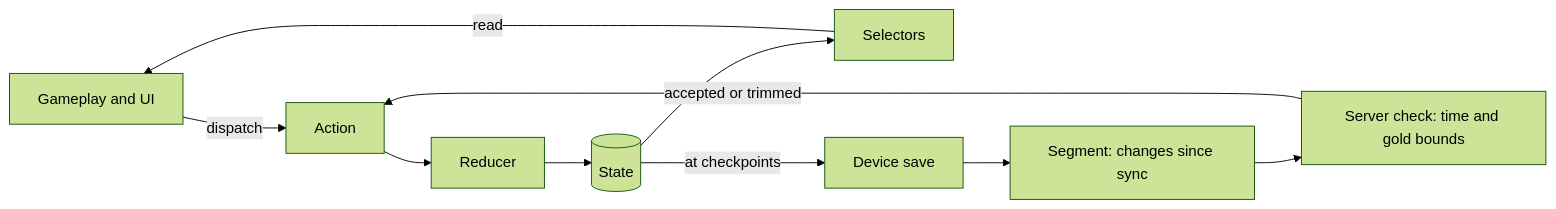
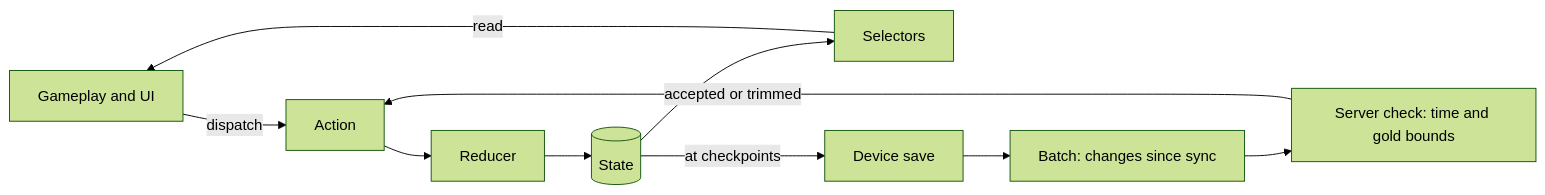
Before and after one commit to zachkw/vaporwave_vikings_idle: the diagram in docs/technical/state-store-spec.md, drawn with Mermaid (forest theme). The commit also changed other lines of this file and 24 other files, not shown here.

````diff
--- a/docs/technical/state-store-spec.md
+++ b/docs/technical/state-store-spec.md
@@ -11,11 +11,11 @@
 ```mermaid
 flowchart LR
     G[Gameplay and UI] -->|dispatch| A[Action]
     A --> R[Reducer]
     R --> S[(State)]
     S --> Sel[Selectors] -->|read| G
     S -->|at checkpoints| D[Device save]
-    D --> Seg[Segment: changes since sync]
+    D --> Seg[Batch: changes since sync]
     Seg --> Srv[Server check: time and gold bounds]
     Srv -->|accepted or trimmed| A
 ```
````
